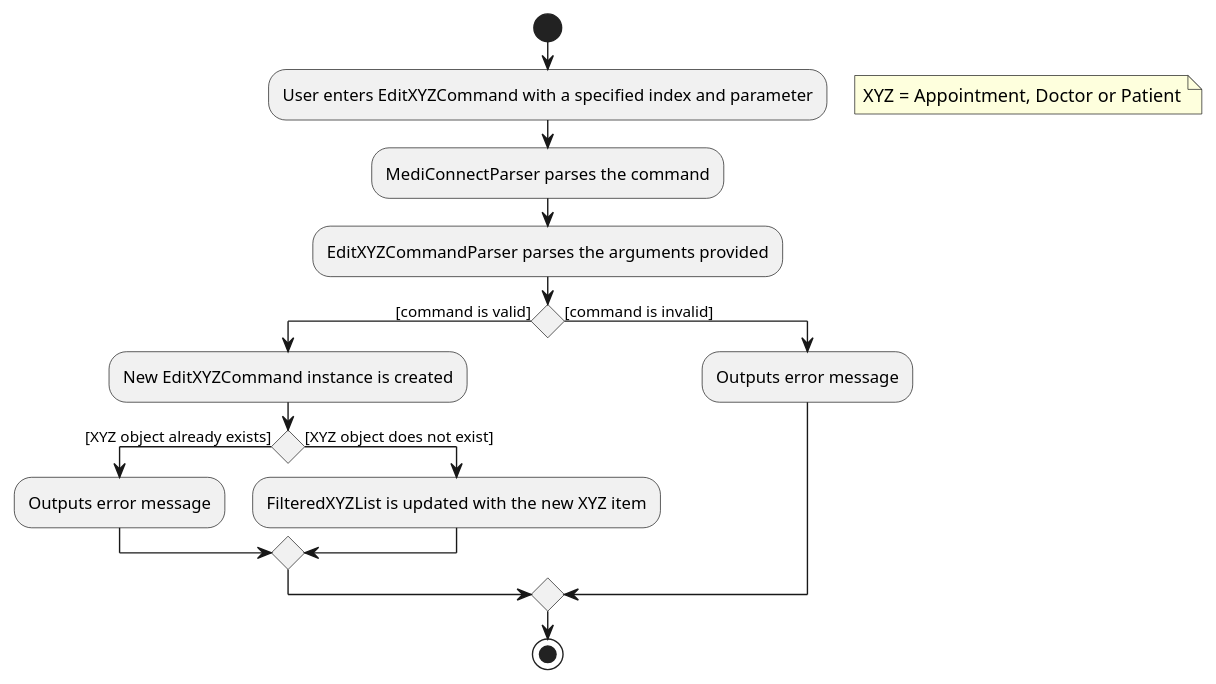
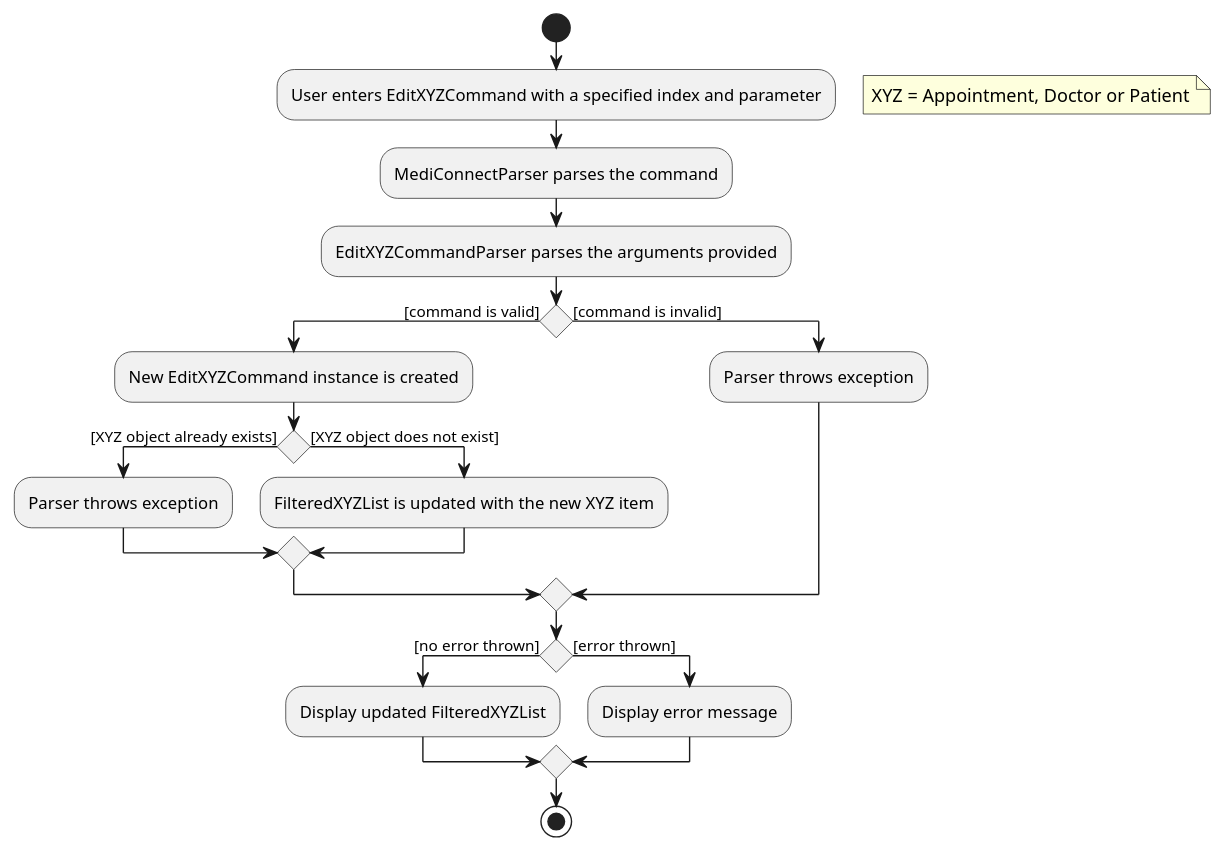
The diagram in docs/diagrams/EditXYZActivityDiagram.puml (yanghengtang/tp), drawn with PlantUML before and after one commit.

```diff
--- a/docs/diagrams/EditXYZActivityDiagram.puml
+++ b/docs/diagrams/EditXYZActivityDiagram.puml
@@ -1,23 +1,28 @@
 @startuml
 'https://plantuml.com/activity-diagram-beta
 
 start
 :User enters EditXYZCommand with a specified index and parameter;
 floating note right
     XYZ = Appointment, Doctor or Patient
 end note
 :MediConnectParser parses the command;
 :EditXYZCommandParser parses the arguments provided;
 if () then ([command is valid])
   :New EditXYZCommand instance is created;
   if () then ([XYZ object already exists])
-    :Outputs error message;
+    :Parser throws exception;
   else ([XYZ object does not exist])
   :FilteredXYZList is updated with the new XYZ item;
   endif
 else ([command is invalid])
-  :Outputs error message;
+  :Parser throws exception;
+endif
+if () then ([no error thrown])
+  :Display updated FilteredXYZList;
+else ([error thrown])
+  :Display error message;
 endif
 stop
 
 @enduml
```
